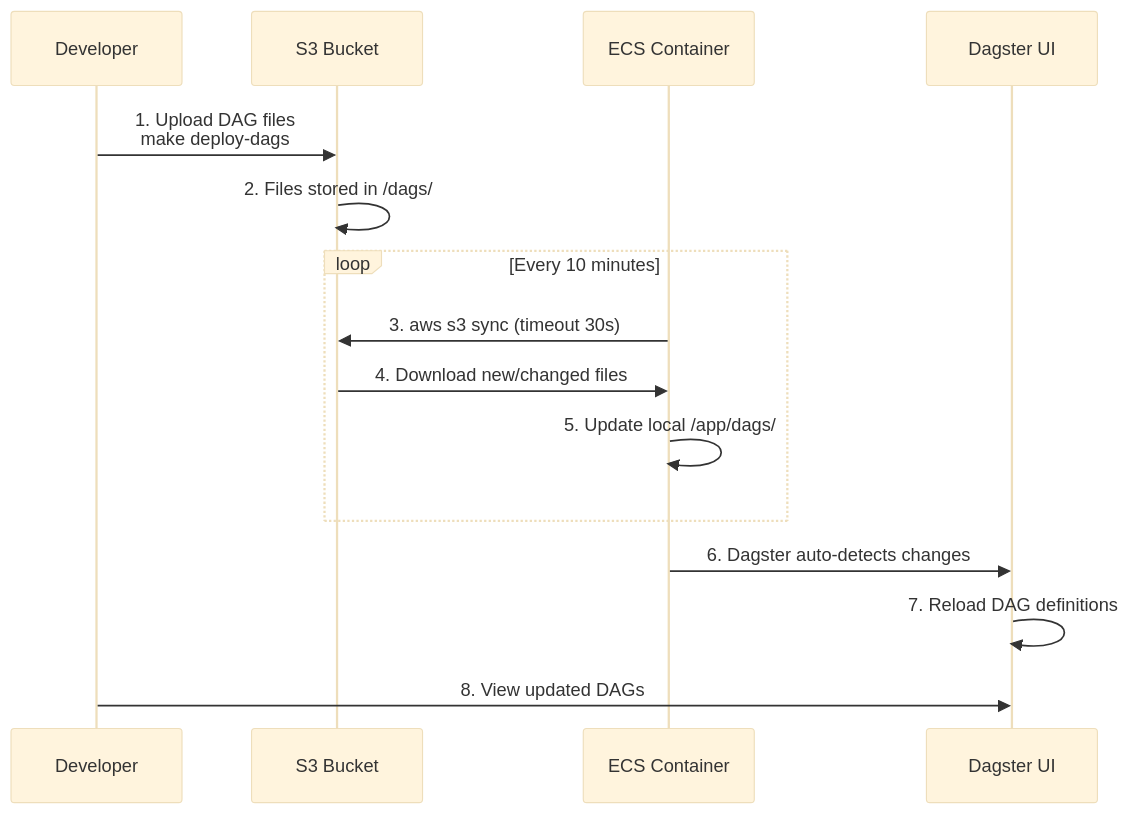
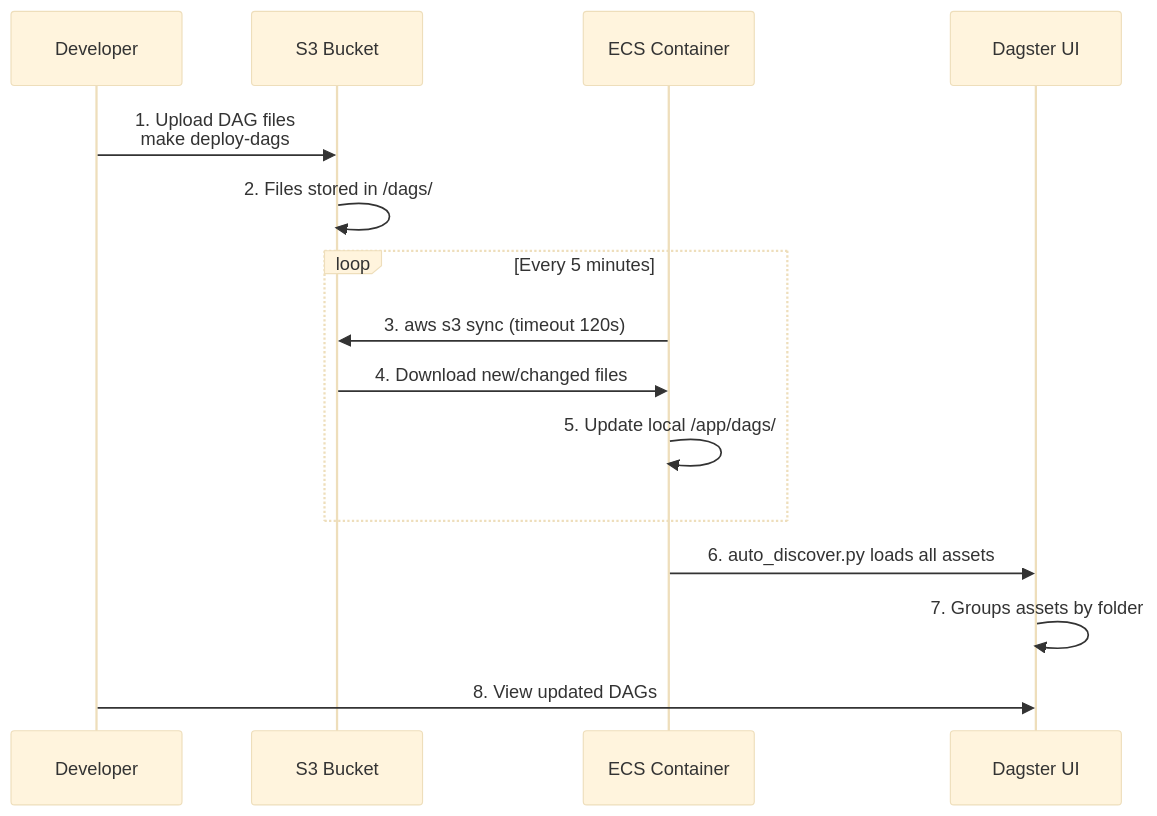
One commit to namtonthat/dagster-ecs changed the second of 4 diagrams in docs/architecture.md. Above: the diagram before and after it, drawn with Mermaid (base theme). The commit also changed other lines of this file and 24 other files, not shown here.

````diff
--- a/docs/architecture.md
+++ b/docs/architecture.md
@@ -81,21 +81,21 @@
 ```mermaid
 sequenceDiagram
     participant Dev as Developer
     participant S3 as S3 Bucket
     participant ECS as ECS Container
     participant Dagster as Dagster UI
     
     Dev->>S3: 1. Upload DAG files<br/>make deploy-dags
     S3->>S3: 2. Files stored in /dags/
     
-    loop Every 10 minutes
-        ECS->>S3: 3. aws s3 sync (timeout 30s)
+    loop Every 5 minutes
+        ECS->>S3: 3. aws s3 sync (timeout 120s)
         S3->>ECS: 4. Download new/changed files
         ECS->>ECS: 5. Update local /app/dags/
     end
     
-    ECS->>Dagster: 6. Dagster auto-detects changes
-    Dagster->>Dagster: 7. Reload DAG definitions
+    ECS->>Dagster: 6. auto_discover.py loads all assets
+    Dagster->>Dagster: 7. Groups assets by folder
     
     Dev->>Dagster: 8. View updated DAGs
 ```
````
